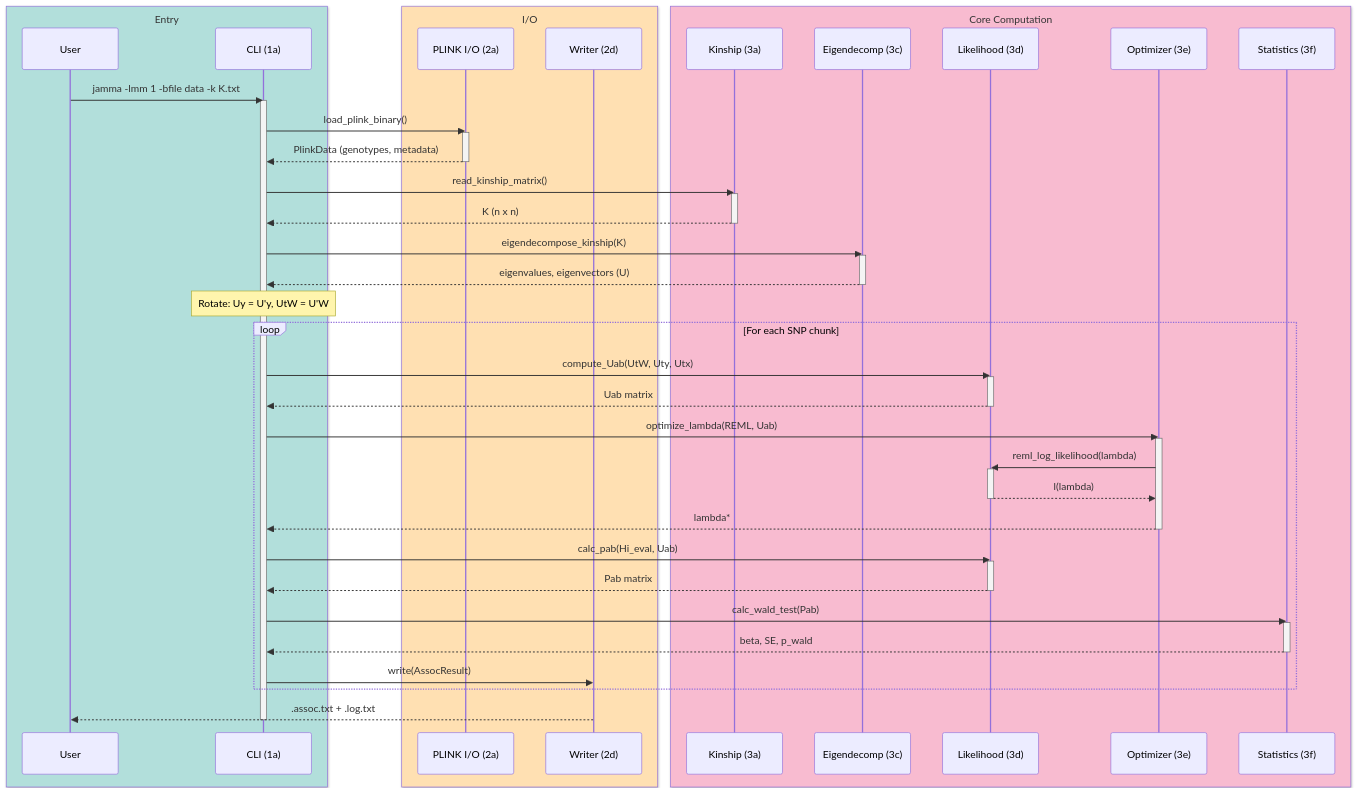
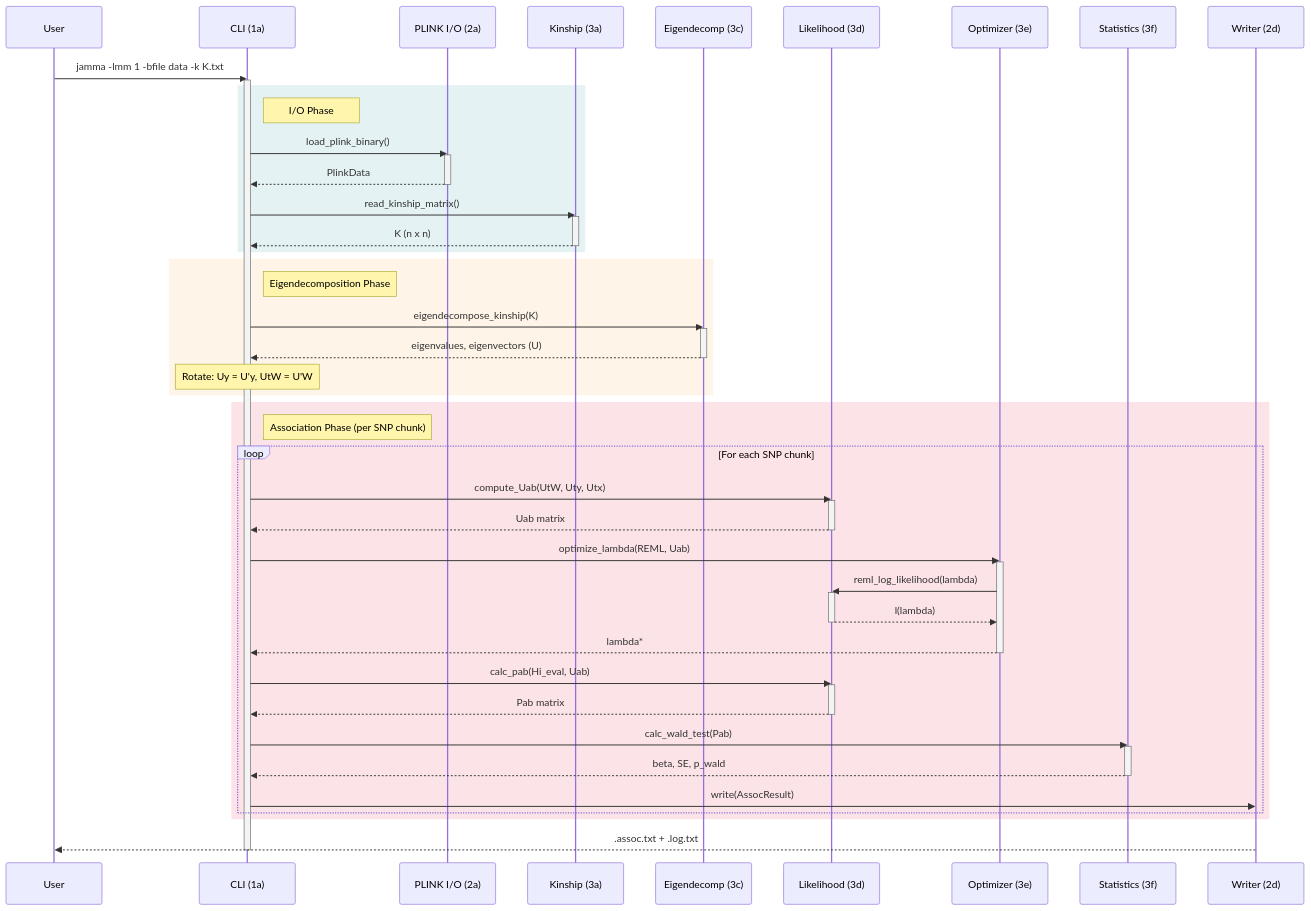
Before and after one commit to michael-denyer/jamma: the second of 5 diagrams in docs/CODEMAP.md, drawn with Mermaid.

Commit message:
docs: fix sequence diagram — use translucent rect regions instead of opaque boxes
Opaque box rgb() backgrounds made message labels and activation bars
unreadable in dark mode. Replace with rect rgba() at 15% opacity for
subtle phase tinting that works in both light and dark themes. Use
Note annotations for phase labels instead of box titles.

````diff
--- a/docs/CODEMAP.md
+++ b/docs/CODEMAP.md
@@ -321,62 +321,66 @@
 ```mermaid
 sequenceDiagram
-    box rgb(178, 223, 219) Entry
-        participant U as User
-        participant CLI as CLI (1a)
-    end
-    box rgb(255, 224, 178) I/O
-        participant IO as PLINK I/O (2a)
-        participant W as Writer (2d)
-    end
-    box rgb(248, 187, 208) Core Computation
-        participant K as Kinship (3a)
-        participant E as Eigendecomp (3c)
-        participant L as Likelihood (3d)
-        participant O as Optimizer (3e)
-        participant S as Statistics (3f)
-    end
+    participant U as User
+    participant CLI as CLI (1a)
+    participant IO as PLINK I/O (2a)
+    participant K as Kinship (3a)
+    participant E as Eigendecomp (3c)
+    participant L as Likelihood (3d)
+    participant O as Optimizer (3e)
+    participant S as Statistics (3f)
+    participant W as Writer (2d)
 
     U->>CLI: jamma -lmm 1 -bfile data -k K.txt
     activate CLI
-    CLI->>IO: load_plink_binary()
-    activate IO
-    IO-->>CLI: PlinkData (genotypes, metadata)
-    deactivate IO
-    CLI->>K: read_kinship_matrix()
-    activate K
-    K-->>CLI: K (n x n)
-    deactivate K
-    CLI->>E: eigendecompose_kinship(K)
-    activate E
-    E-->>CLI: eigenvalues, eigenvectors (U)
-    deactivate E
 
-    Note over CLI: Rotate: Uy = U'y, UtW = U'W
+    rect rgba(83, 168, 182, 0.15)
+        Note right of CLI: I/O Phase
+        CLI->>IO: load_plink_binary()
+        activate IO
+        IO-->>CLI: PlinkData
+        deactivate IO
+        CLI->>K: read_kinship_matrix()
+        activate K
+        K-->>CLI: K (n x n)
+        deactivate K
+    end
 
-    loop For each SNP chunk
-        CLI->>L: compute_Uab(UtW, Uty, Utx)
-        activate L
-        L-->>CLI: Uab matrix
-        deactivate L
-        CLI->>O: optimize_lambda(REML, Uab)
-        activate O
-        O->>L: reml_log_likelihood(lambda)
-        activate L
-        L-->>O: l(lambda)
-        deactivate L
-        O-->>CLI: lambda*
-        deactivate O
-        CLI->>L: calc_pab(Hi_eval, Uab)
-        activate L
-        L-->>CLI: Pab matrix
-        deactivate L
-        CLI->>S: calc_wald_test(Pab)
-        activate S
-        S-->>CLI: beta, SE, p_wald
-        deactivate S
-        CLI->>W: write(AssocResult)
+    rect rgba(245, 180, 97, 0.15)
+        Note right of CLI: Eigendecomposition Phase
+        CLI->>E: eigendecompose_kinship(K)
+        activate E
+        E-->>CLI: eigenvalues, eigenvectors (U)
+        deactivate E
+        Note over CLI: Rotate: Uy = U'y, UtW = U'W
+    end
+
+    rect rgba(233, 69, 96, 0.15)
+        Note right of CLI: Association Phase (per SNP chunk)
+        loop For each SNP chunk
+            CLI->>L: compute_Uab(UtW, Uty, Utx)
+            activate L
+            L-->>CLI: Uab matrix
+            deactivate L
+            CLI->>O: optimize_lambda(REML, Uab)
+            activate O
+            O->>L: reml_log_likelihood(lambda)
+            activate L
+            L-->>O: l(lambda)
+            deactivate L
+            O-->>CLI: lambda*
+            deactivate O
+            CLI->>L: calc_pab(Hi_eval, Uab)
+            activate L
+            L-->>CLI: Pab matrix
+            deactivate L
+            CLI->>S: calc_wald_test(Pab)
+            activate S
+            S-->>CLI: beta, SE, p_wald
+            deactivate S
+            CLI->>W: write(AssocResult)
+        end
     end
 
     W-->>U: .assoc.txt + .log.txt
     deactivate CLI
 ```
````
